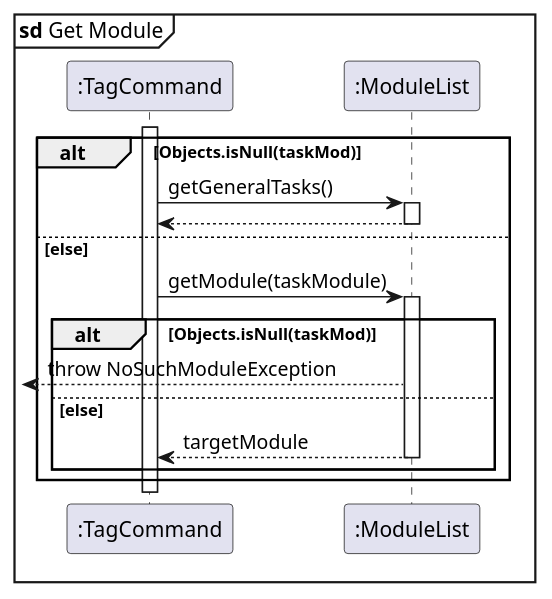
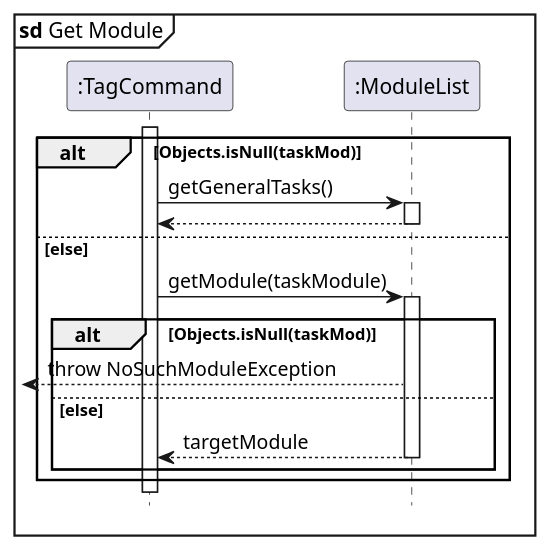
Before and after one commit to nus-cs2113-AY2122S2/tp: the diagram in docs/TagSeqDiagram/GetModule.puml, drawn with PlantUML. The commit also changed 5 other files, not shown here.

```diff
--- a/docs/TagSeqDiagram/GetModule.puml
+++ b/docs/TagSeqDiagram/GetModule.puml
@@ -1,29 +1,30 @@
 @startuml
 'https://plantuml.com/sequence-diagram
 
 skinparam shadowing false
 participant ":TagCommand" as TagCommand
 participant ":ModuleList" as ModuleList
+hide footbox
 
 mainframe **sd** Get Module
 
 activate TagCommand
 
 alt Objects.isNull(taskMod)
     TagCommand -> ModuleList: getGeneralTasks()
     activate ModuleList
     return
 
 else else
     TagCommand -> ModuleList: getModule(taskModule)
     activate ModuleList
 
     alt Objects.isNull(taskMod)
-        [<-- ModuleList:   throw NoSuchModuleException
+        [<-- ModuleList: throw NoSuchModuleException
 
     else else
     return targetModule
 
     end
 end
 @enduml
```
